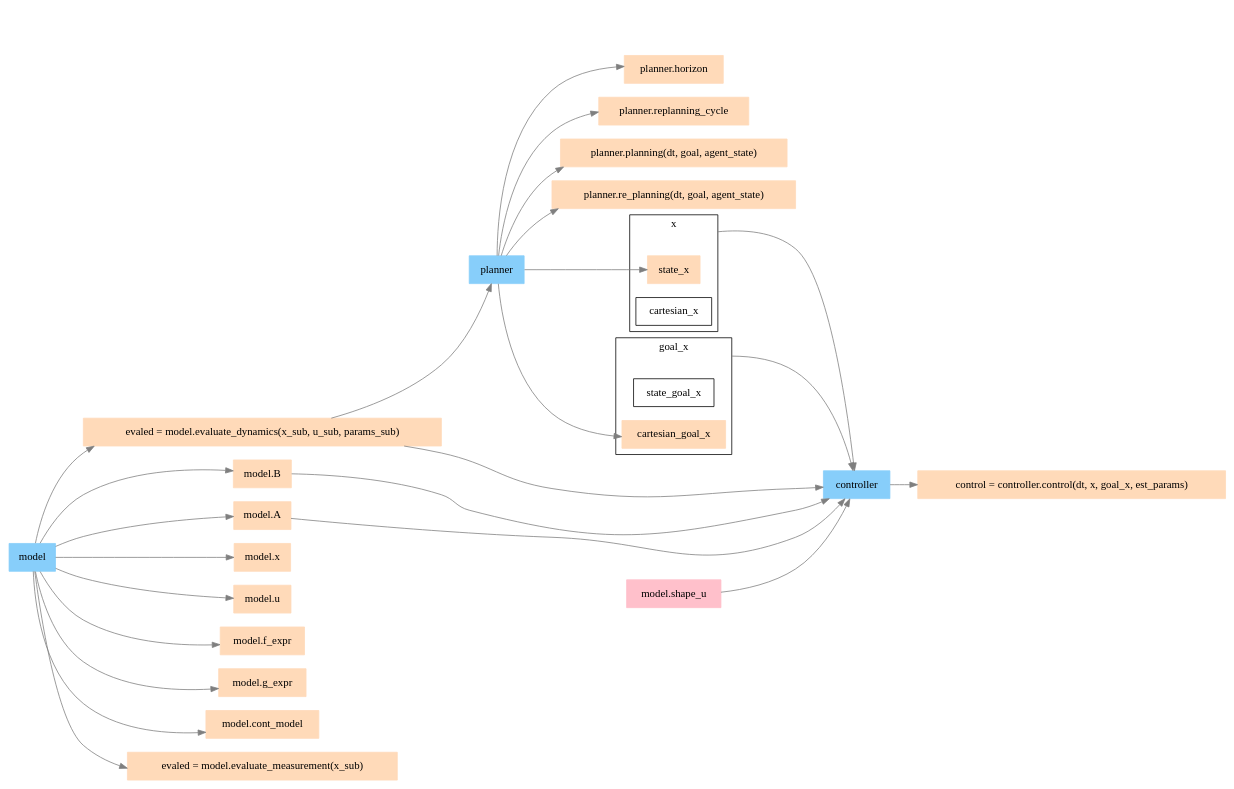
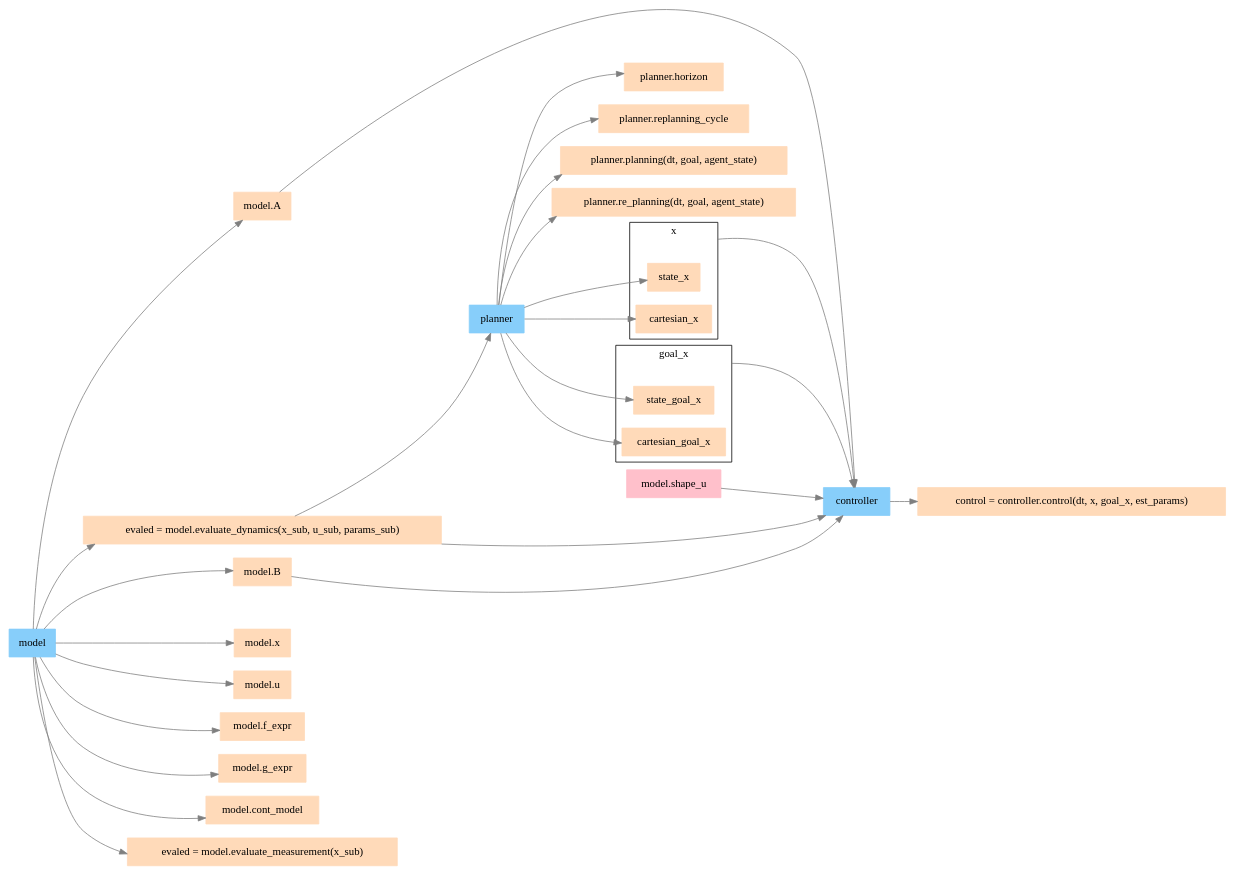
The diagram in img/deps.gv (intelligent-control-lab/Composable_Agent_Toolbox), drawn with Graphviz before and after one commit. The commit also changed 3 other files, not shown here.

```diff
--- a/img/deps.gv
+++ b/img/deps.gv
@@ -1,70 +1,72 @@
 digraph G {
 	compound=true rankdir=LR
 	subgraph cluster_x {
 		x [shape=point style=invis]
 		state_x [shape=box]
 		cartesian_x [shape=box]
 		label=x
 	}
 	subgraph cluster_goal_x {
 		goal_x [shape=point style=invis]
 		state_goal_x [shape=box]
 		cartesian_goal_x [shape=box]
 		label=goal_x
 	}
+	model [color=lightskyblue fillcolor=lightskyblue shape=box style=filled]
 	planner [color=lightskyblue fillcolor=lightskyblue shape=box style=filled]
 	controller [color=lightskyblue fillcolor=lightskyblue shape=box style=filled]
-	model [color=lightskyblue fillcolor=lightskyblue shape=box style=filled]
+	model [shape=box]
+	"model.A" [shape=box]
+	"model.B" [shape=box]
+	controller [shape=box]
+	"model.shape_u" [shape=box]
 	"evaled = model.evaluate_dynamics(x_sub, u_sub, params_sub)" [shape=box]
 	planner [shape=box]
-	"model.shape_u" [shape=box]
-	model [shape=box]
-	"model.B" [shape=box]
-	"model.A" [shape=box]
-	controller [shape=box]
 	"model.shape_u" [color=pink fillcolor=pink shape=box style=filled]
-	cartesian_goal_x [color=pink fillcolor=pink shape=box style=filled]
-	state_x [color=pink fillcolor=pink shape=box style=filled]
 	x -> controller [color=gray50 ltail=cluster_x]
 	goal_x -> controller [color=gray50 ltail=cluster_goal_x]
 	"model.shape_u" -> controller [color=gray50]
 	"model.A" -> controller [color=gray50]
 	"model.B" -> controller [color=gray50]
 	"evaled = model.evaluate_dynamics(x_sub, u_sub, params_sub)" -> controller [color=gray50]
 	"evaled = model.evaluate_dynamics(x_sub, u_sub, params_sub)" -> planner [color=gray50]
 	"control = controller.control(dt, x, goal_x, est_params)" [color=peachpuff fillcolor=peachpuff shape=box style=filled]
 	controller -> "control = controller.control(dt, x, goal_x, est_params)" [color=gray50]
 	"model.x" [color=peachpuff fillcolor=peachpuff shape=box style=filled]
 	model -> "model.x" [color=gray50]
 	"model.u" [color=peachpuff fillcolor=peachpuff shape=box style=filled]
 	model -> "model.u" [color=gray50]
 	"model.A" [color=peachpuff fillcolor=peachpuff shape=box style=filled]
 	model -> "model.A" [color=gray50]
 	"model.B" [color=peachpuff fillcolor=peachpuff shape=box style=filled]
 	model -> "model.B" [color=gray50]
 	"model.f_expr" [color=peachpuff fillcolor=peachpuff shape=box style=filled]
 	model -> "model.f_expr" [color=gray50]
 	"model.g_expr" [color=peachpuff fillcolor=peachpuff shape=box style=filled]
 	model -> "model.g_expr" [color=gray50]
 	"model.cont_model" [color=peachpuff fillcolor=peachpuff shape=box style=filled]
 	model -> "model.cont_model" [color=gray50]
 	"evaled = model.evaluate_dynamics(x_sub, u_sub, params_sub)" [color=peachpuff fillcolor=peachpuff shape=box style=filled]
 	model -> "evaled = model.evaluate_dynamics(x_sub, u_sub, params_sub)" [color=gray50]
 	"evaled = model.evaluate_measurement(x_sub)" [color=peachpuff fillcolor=peachpuff shape=box style=filled]
 	model -> "evaled = model.evaluate_measurement(x_sub)" [color=gray50]
 	state_x [color=peachpuff fillcolor=peachpuff shape=box style=filled]
 	planner -> state_x [color=gray50]
+	cartesian_x [color=peachpuff fillcolor=peachpuff shape=box style=filled]
+	planner -> cartesian_x [color=gray50]
+	state_goal_x [color=peachpuff fillcolor=peachpuff shape=box style=filled]
+	planner -> state_goal_x [color=gray50]
 	cartesian_goal_x [color=peachpuff fillcolor=peachpuff shape=box style=filled]
 	planner -> cartesian_goal_x [color=gray50]
 	"planner.horizon" [color=peachpuff fillcolor=peachpuff shape=box style=filled]
 	planner -> "planner.horizon" [color=gray50]
 	"planner.replanning_cycle" [color=peachpuff fillcolor=peachpuff shape=box style=filled]
 	planner -> "planner.replanning_cycle" [color=gray50]
 	"planner.planning(dt, goal, agent_state)" [color=peachpuff fillcolor=peachpuff shape=box style=filled]
 	planner -> "planner.planning(dt, goal, agent_state)" [color=gray50]
 	"planner.re_planning(dt, goal, agent_state)" [color=peachpuff fillcolor=peachpuff shape=box style=filled]
 	planner -> "planner.re_planning(dt, goal, agent_state)" [color=gray50]
 	planner -> controller [style=invis]
 	model -> controller [style=invis]
 	model -> planner [style=invis]
 }
```
